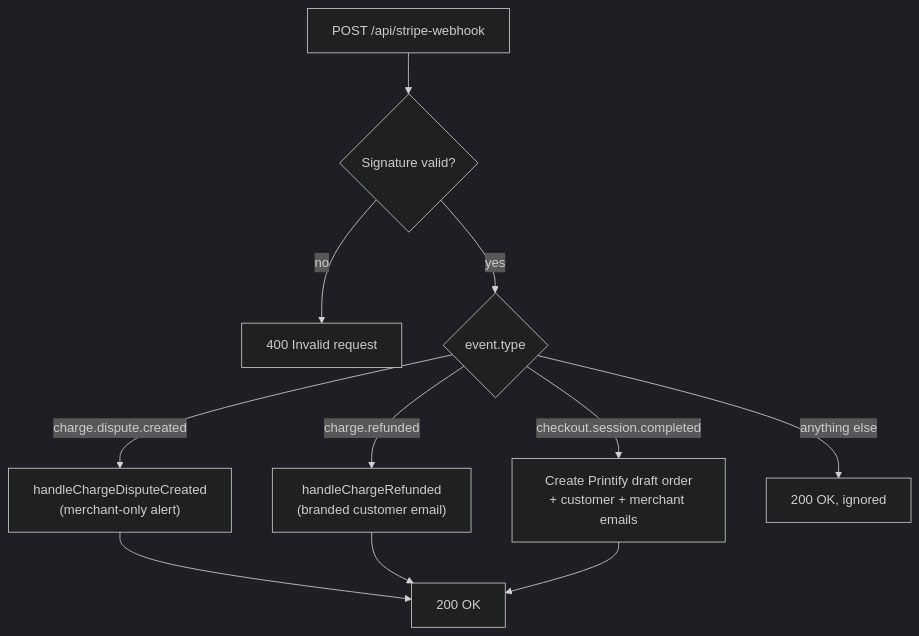
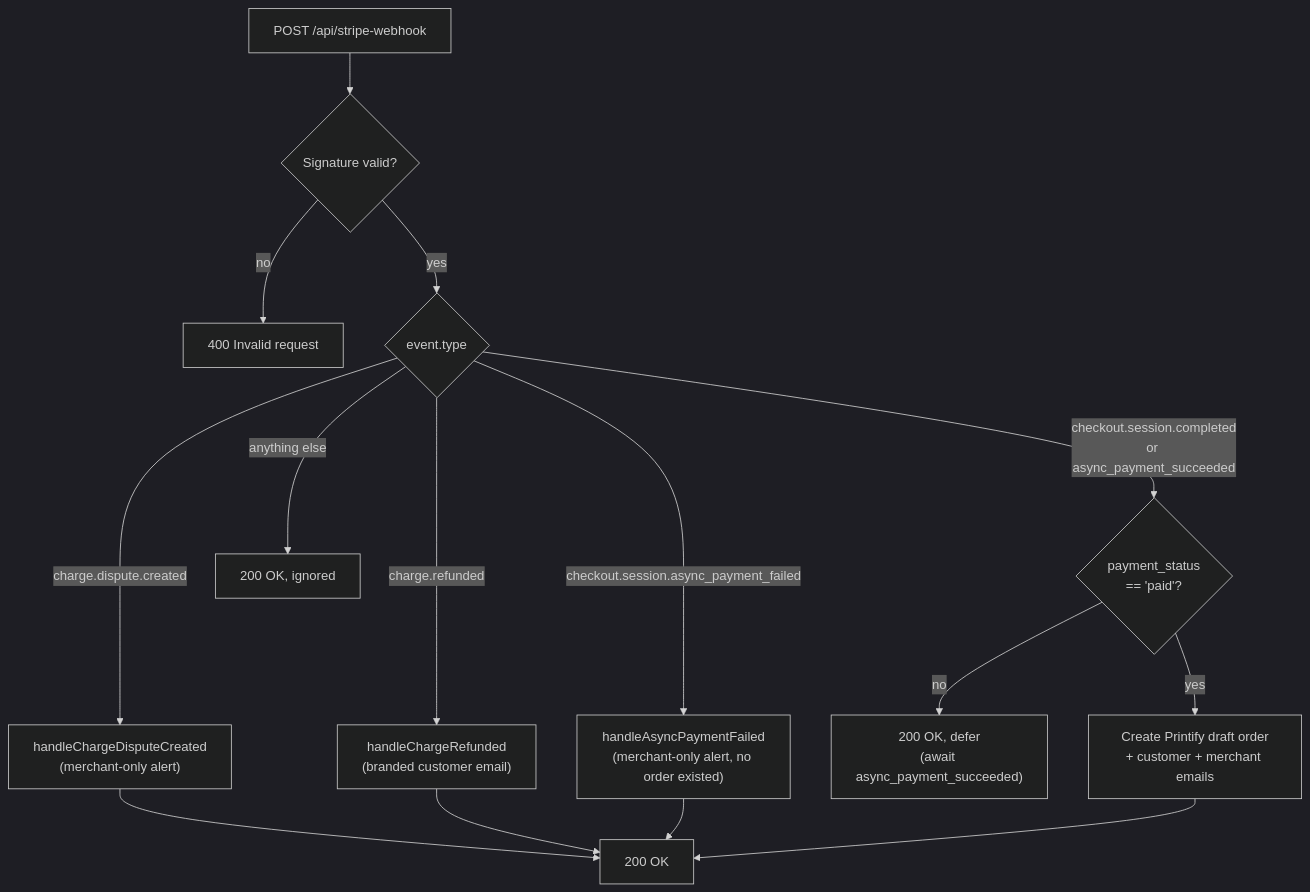
One commit to dvnrsn/white-rabbit-wcs changed the first of 5 diagrams in SHOP.md. Above: the diagram before and after it, drawn with Mermaid (dark theme). The commit also changed other lines of this file and 2 other files, not shown here.

First line of the commit message:
fix: defer order fulfillment until payment actually clears

````diff
--- a/SHOP.md
+++ b/SHOP.md
@@ -13,13 +13,17 @@
 ```mermaid
 flowchart TD
     A["POST /api/stripe-webhook"] --> B{"Signature valid?"}
     B -- no --> C["400 Invalid request"]
     B -- yes --> D{"event.type"}
     D -- "charge.dispute.created" --> E["handleChargeDisputeCreated\n(merchant-only alert)"]
     D -- "charge.refunded" --> F["handleChargeRefunded\n(branded customer email)"]
-    D -- "checkout.session.completed" --> G["Create Printify draft order\n+ customer + merchant emails"]
+    D -- "checkout.session.async_payment_failed" --> P["handleAsyncPaymentFailed\n(merchant-only alert, no order existed)"]
+    D -- "checkout.session.completed\nor async_payment_succeeded" --> Q{"payment_status\n== 'paid'?"}
+    Q -- no --> R["200 OK, defer\n(await async_payment_succeeded)"]
+    Q -- yes --> G["Create Printify draft order\n+ customer + merchant emails"]
     D -- anything else --> H["200 OK, ignored"]
     E --> Z["200 OK"]
     F --> Z
+    P --> Z
     G --> Z
 ```
````
